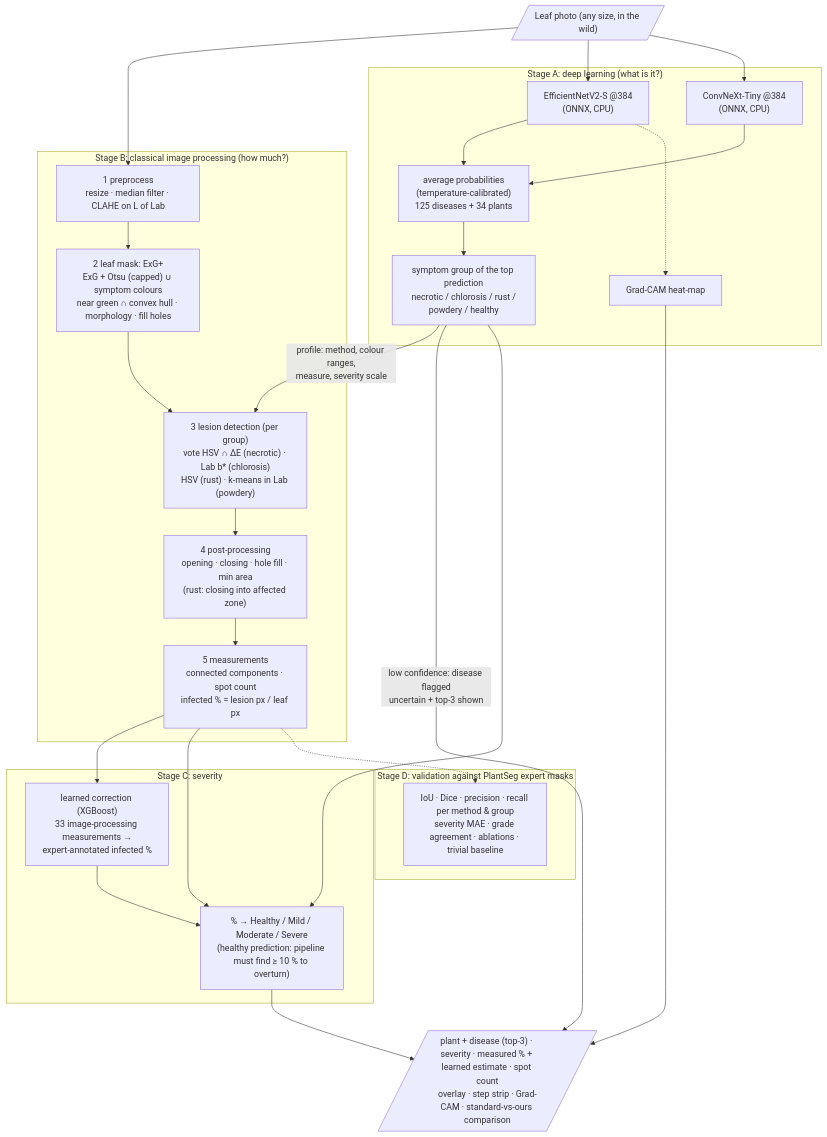
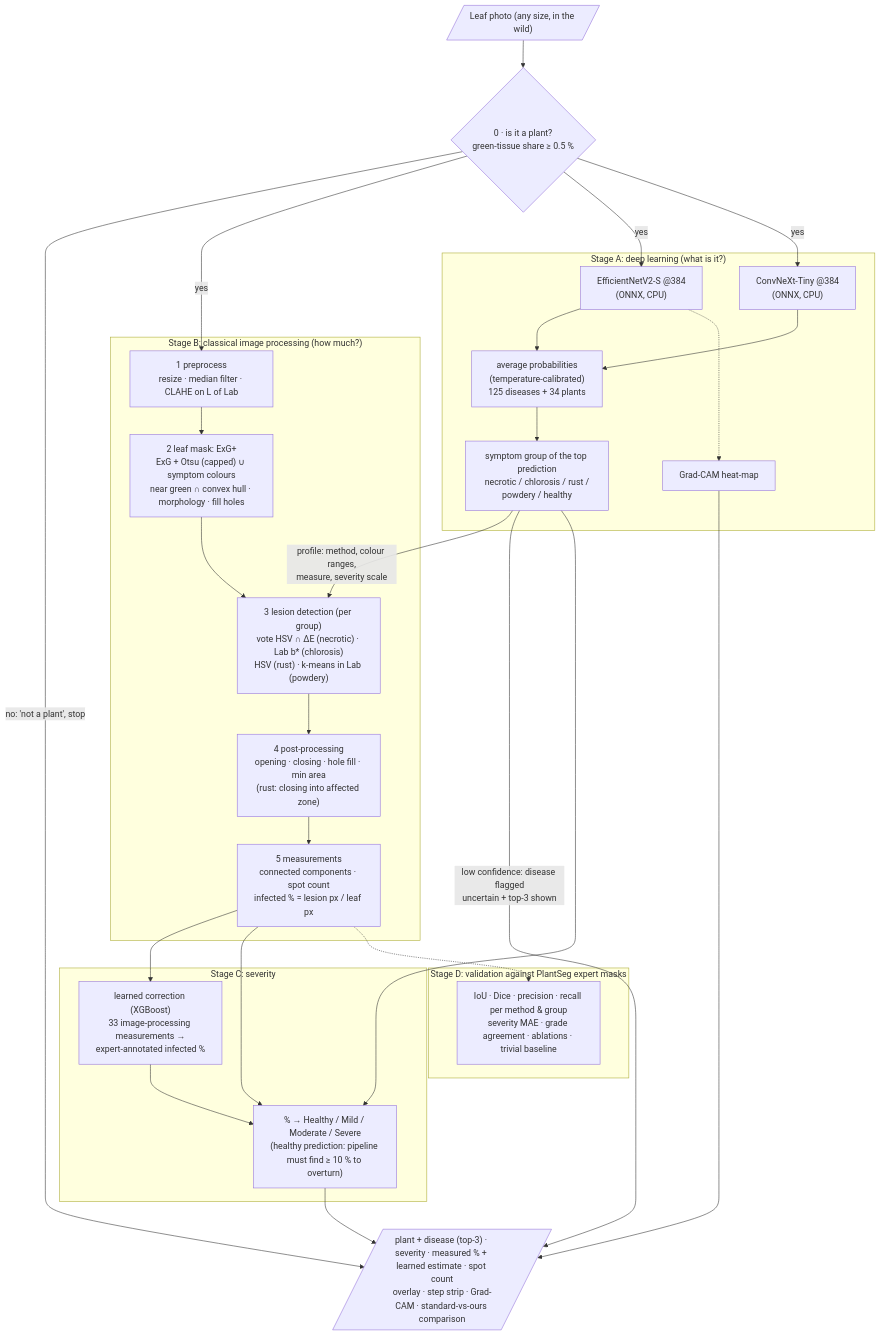
Before and after one commit to sidharthaxy/Leaf-disease-spot-detection: the diagram in README.md, drawn with Mermaid. The commit also changed other lines of this file and 6 other files, not shown here.

````diff
--- a/README.md
+++ b/README.md
@@ -144,46 +144,48 @@
 ```mermaid
 flowchart TD
-    IMG[/"Leaf photo (any size, in the wild)"/] --> PRE
+    IMG[/"Leaf photo (any size, in the wild)"/] --> GATE{"0 · is it a plant?<br/>green-tissue share ≥ 0.5 %"}
+    GATE -- "no: 'not a plant', stop" --> OUT
+    GATE -- yes --> PRE
 
     subgraph A["Stage A: deep learning (what is it?)"]
         CNN1["EfficientNetV2-S @384<br/>(ONNX, CPU)"]
         CNN2["ConvNeXt-Tiny @384<br/>(ONNX, CPU)"]
         ENS["average probabilities<br/>(temperature-calibrated)<br/>125 diseases + 34 plants"]
         GRP["symptom group of the top prediction<br/>necrotic / chlorosis / rust /<br/>powdery / healthy"]
         CAM["Grad-CAM heat-map"]
         CNN1 --> ENS
         CNN2 --> ENS
         ENS --> GRP
         CNN1 -.-> CAM
     end
 
     subgraph B["Stage B: classical image processing (how much?)"]
         PRE["1 preprocess<br/>resize · median filter · CLAHE on L of Lab"]
         LEAF["2 leaf mask: ExG+<br/>ExG + Otsu (capped) ∪ symptom colours<br/>near green ∩ convex hull · morphology · fill holes"]
         LES["3 lesion detection (per group)<br/>vote HSV ∩ ΔE (necrotic) · Lab b* (chlorosis)<br/>HSV (rust) · k-means in Lab (powdery)"]
         POST["4 post-processing<br/>opening · closing · hole fill · min area<br/>(rust: closing into affected zone)"]
         MEAS["5 measurements<br/>connected components · spot count<br/>infected % = lesion px / leaf px"]
         PRE --> LEAF --> LES --> POST --> MEAS
     end
 
-    IMG --> CNN1
-    IMG --> CNN2
+    GATE -- yes --> CNN1
+    GATE -- yes --> CNN2
     GRP -- "profile: method, colour ranges,<br/>measure, severity scale" --> LES
     GRP -- "low confidence: disease flagged<br/>uncertain + top-3 shown" --> OUT
 
     subgraph C["Stage C: severity"]
         LC["learned correction (XGBoost)<br/>33 image-processing measurements →<br/>expert-annotated infected %"]
         SEV["% → Healthy / Mild / Moderate / Severe<br/>(healthy prediction: pipeline must find ≥ 10 % to overturn)"]
     end
     MEAS --> LC --> SEV
     MEAS --> SEV
     GRP --> SEV
 
     SEV --> OUT[/"plant + disease (top-3) · severity · measured % + learned estimate · spot count<br/>overlay · step strip · Grad-CAM · standard-vs-ours comparison"/]
     CAM --> OUT
 
     subgraph D["Stage D: validation against PlantSeg expert masks"]
         EV["IoU · Dice · precision · recall per method & group<br/>severity MAE · grade agreement · ablations · trivial baseline"]
     end
     MEAS -.-> EV
 ```
````
